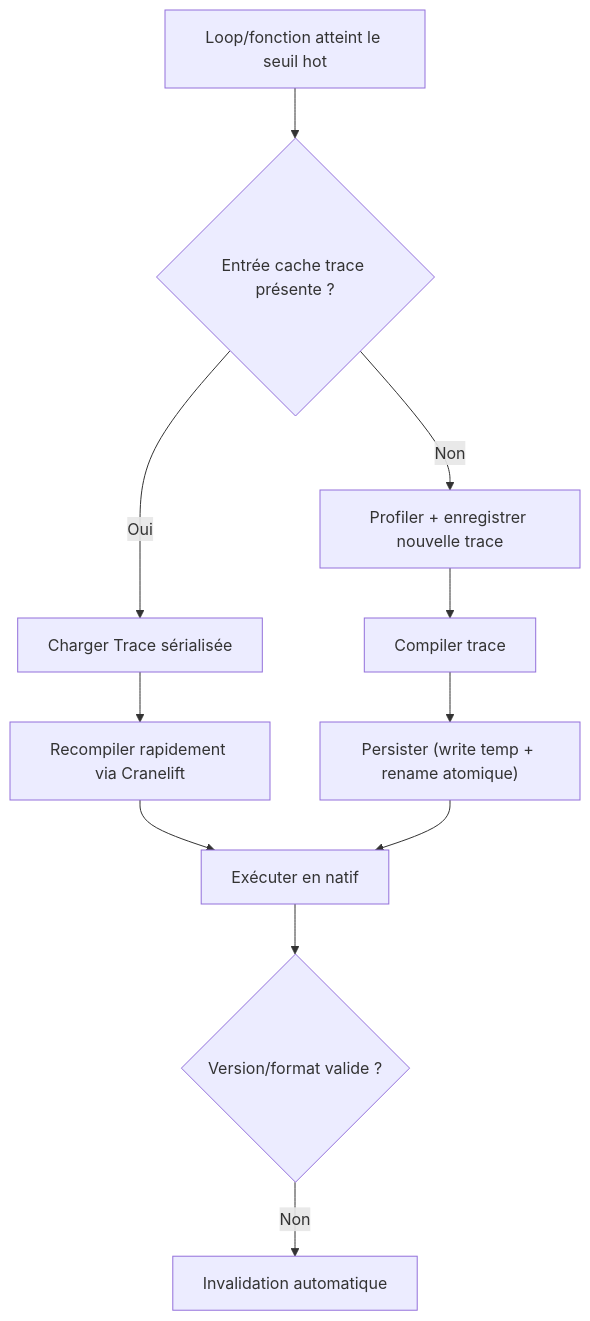
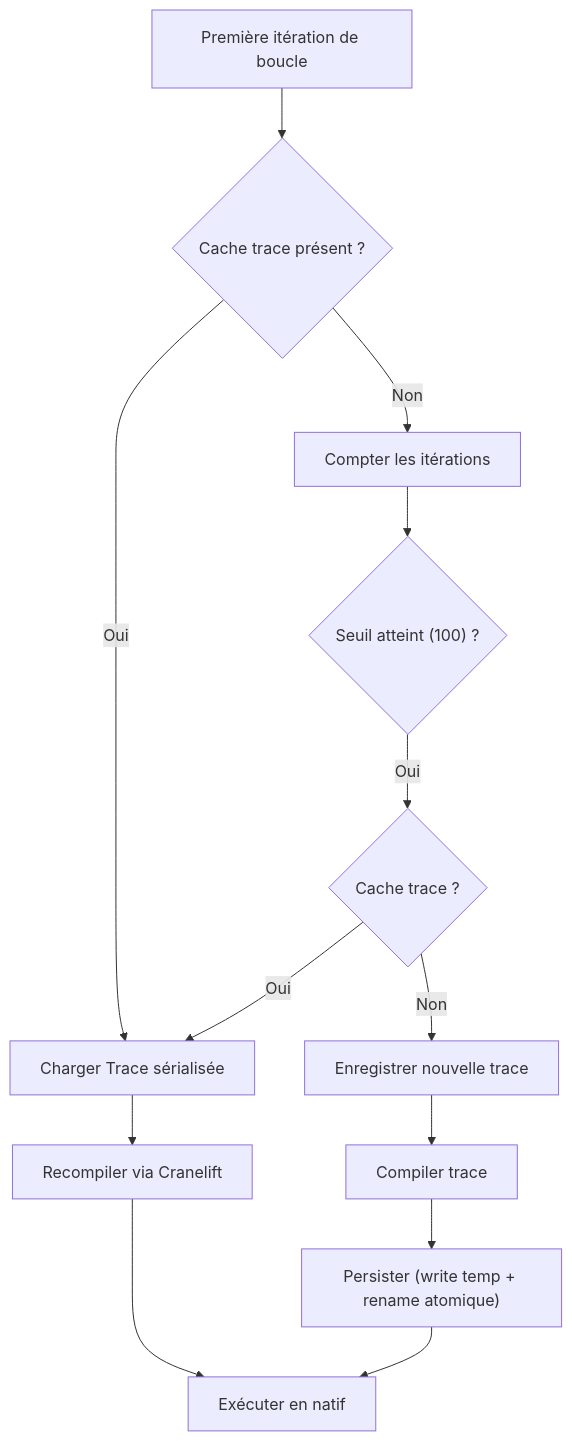
Before and after one commit to aristofor/catnip: the second of 2 diagrams in docs/dev/JIT.md, drawn with Mermaid. The commit also changed other lines of this file and 729 other files, not shown here.

````diff
--- a/docs/dev/JIT.md
+++ b/docs/dev/JIT.md
@@ -146,13 +146,15 @@
 ```mermaid
 flowchart TD
-    A["Loop/fonction atteint le seuil hot"] --> B{"Entrée cache trace présente ?"}
-    B -->|Oui| C["Charger Trace sérialisée"]
-    C --> D["Recompiler rapidement via Cranelift"]
+    A["Première itération de boucle"] --> W{"Cache trace présent ?"}
+    W -->|Oui| C["Charger Trace sérialisée"]
+    C --> D["Recompiler via Cranelift"]
     D --> E["Exécuter en natif"]
-    B -->|Non| F["Profiler + enregistrer nouvelle trace"]
+    W -->|Non| H2["Compter les itérations"]
+    H2 --> A2{"Seuil atteint (100) ?"}
+    A2 -->|Oui| B{"Cache trace ?"}
+    B -->|Oui| C
+    B -->|Non| F["Enregistrer nouvelle trace"]
     F --> G["Compiler trace"]
     G --> H["Persister (write temp + rename atomique)"]
     H --> E
-    E --> I{"Version/format valide ?"}
-    I -->|Non| J["Invalidation automatique"]
 ```
````
